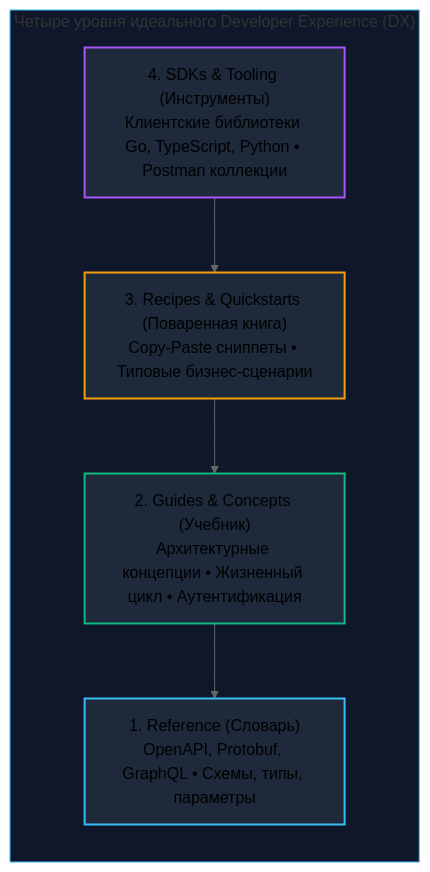
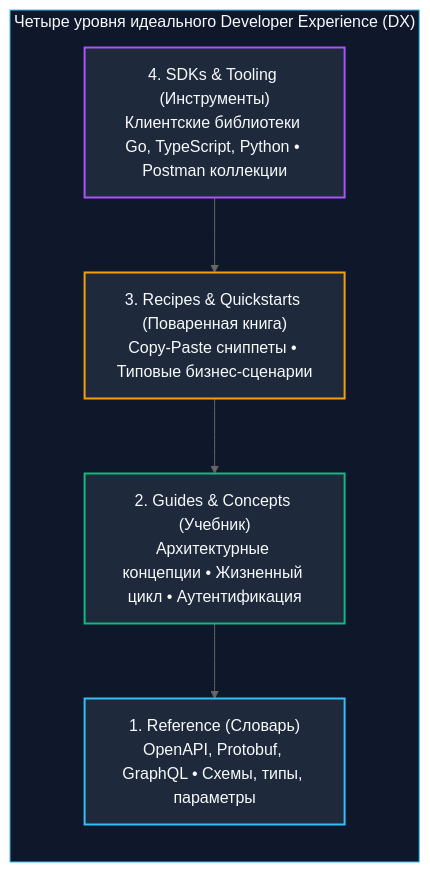
Before and after one commit to UnrealTemplier/go-textbook: the first of 2 diagrams in sources/10. Проектирование API и Сетевые протоколы/36. Документация API best practices.md, drawn with Mermaid (neutral theme). The commit also changed other lines of this file and 310 other files, not shown here.

First line of the commit message:
fix(mermaid): replace light fill colors with dark palette for readability on dark theme

````diff
--- a/sources/10. Проектирование API и Сетевые протоколы/36. Документация API best practices.md
+++ b/sources/10. Проектирование API и Сетевые протоколы/36. Документация API best practices.md
@@ -23,20 +23,20 @@
 ```mermaid
 flowchart TD
     subgraph Layers ["Четыре уровня идеального Developer Experience (DX)"]
         direction TB
         L1["1. Reference (Словарь)<br>OpenAPI, Protobuf, GraphQL • Схемы, типы, параметры"]
         L2["2. Guides & Concepts (Учебник)<br>Архитектурные концепции • Жизненный цикл • Аутентификация"]
         L3["3. Recipes & Quickstarts (Поваренная книга)<br>Copy-Paste сниппеты • Типовые бизнес-сценарии"]
         L4["4. SDKs & Tooling (Инструменты)<br>Клиентские библиотеки Go, TypeScript, Python • Postman коллекции"]
     end
 
     L4 --> L3
     L3 --> L2
     L2 --> L1
 
-    style Layers fill:#0f172a,stroke:#38bdf8,stroke-width:1px
-    style L1 fill:#1e293b,stroke:#38bdf8,stroke-width:2px
-    style L2 fill:#1e293b,stroke:#10b981,stroke-width:2px
-    style L3 fill:#1e293b,stroke:#f59e0b,stroke-width:2px
-    style L4 fill:#1e293b,stroke:#a855f7,stroke-width:2px
+    style Layers fill:#0f172a,stroke:#38bdf8,stroke-width:1px,color:#f8fafc
+    style L1 fill:#1e293b,stroke:#38bdf8,stroke-width:2px,color:#f8fafc
+    style L2 fill:#1e293b,stroke:#10b981,stroke-width:2px,color:#f8fafc
+    style L3 fill:#1e293b,stroke:#f59e0b,stroke-width:2px,color:#f8fafc
+    style L4 fill:#1e293b,stroke:#a855f7,stroke-width:2px,color:#f8fafc
 ```
````
